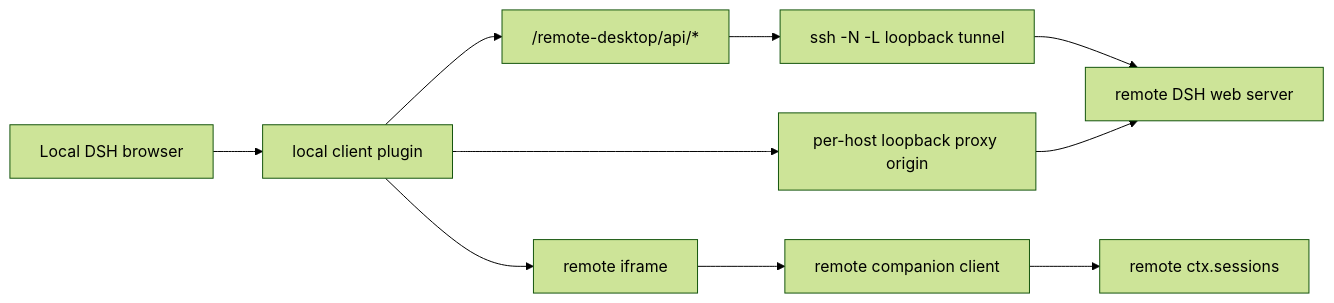
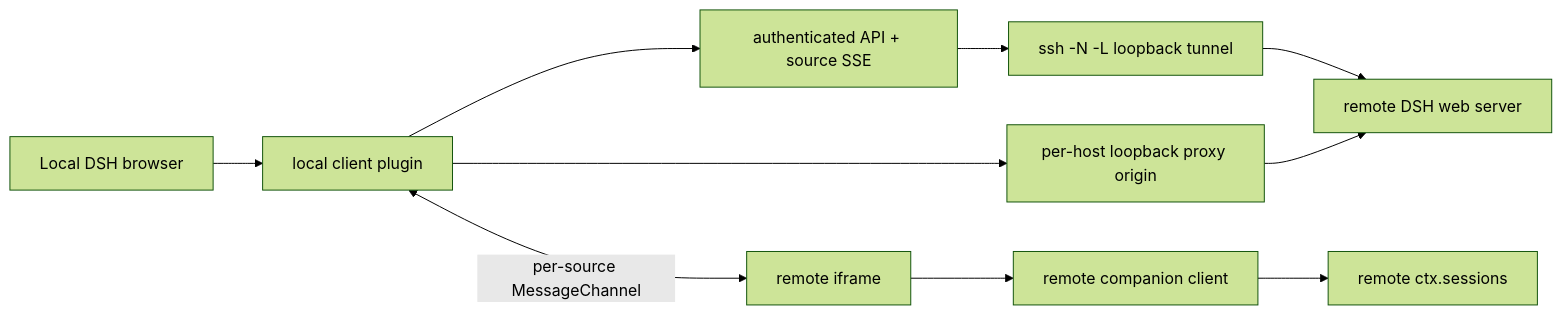
Before and after one commit to sincerity711/dsh-remote-desktop: the first of 2 diagrams in docs/architecture.md, drawn with Mermaid (forest theme). The commit also changed other lines of this file and 44 other files, not shown here.

````diff
--- a/docs/architecture.md
+++ b/docs/architecture.md
@@ -16,12 +16,12 @@
 ```mermaid
 flowchart LR
   LocalBrowser["Local DSH browser"] --> LocalClient["local client plugin"]
-  LocalClient --> LocalApi["/remote-desktop/api/*"]
+  LocalClient --> LocalApi["authenticated API + source SSE"]
   LocalApi --> Ssh["ssh -N -L loopback tunnel"]
   Ssh --> RemoteDsh["remote DSH web server"]
   LocalClient --> ProxyOrigin["per-host loopback proxy origin"]
   ProxyOrigin --> RemoteDsh
-  LocalClient --> Iframe["remote iframe"]
+  LocalClient <-->|"per-source MessageChannel"| Iframe["remote iframe"]
   Iframe --> Companion["remote companion client"]
   Companion --> RemoteSessions["remote ctx.sessions"]
 ```
````
